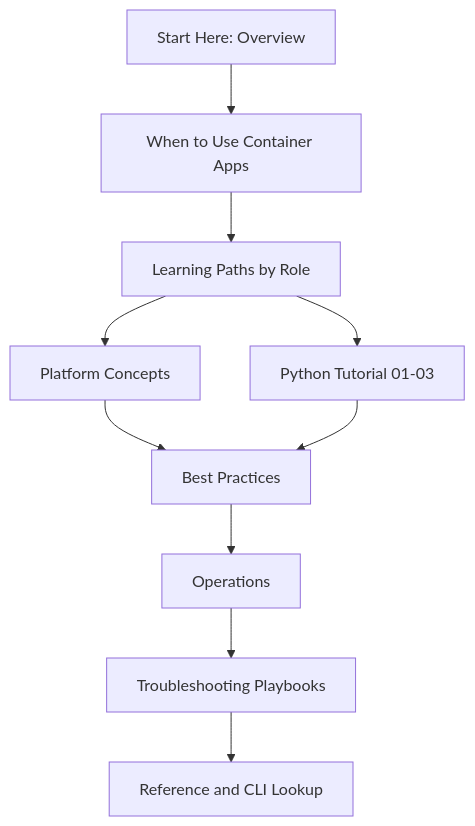
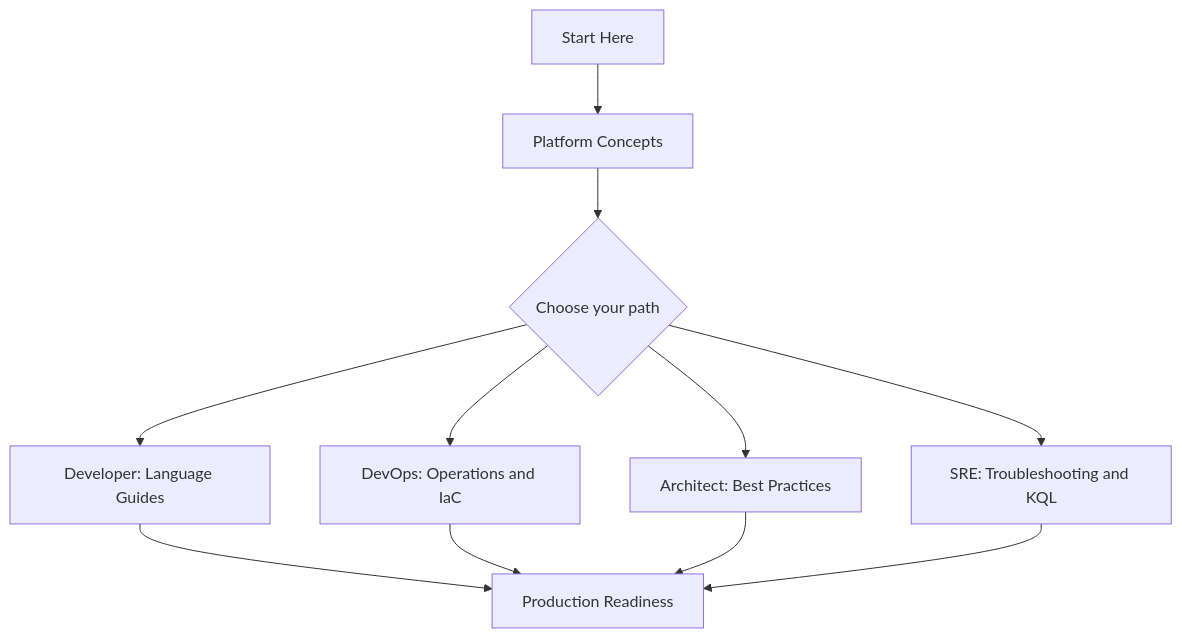
The diagram in docs/start-here/learning-paths.md (yeongseon/azure-container-apps-practical-guide), drawn with Mermaid before and after one commit. The commit also changed other lines of this file and 3 other files, not shown here.

First line of the commit message:
docs: apply P0 fix guide (canonical AGENTS.md rollout + learning paths + Python tutorial index + variable naming) (#297)

````diff
--- a/docs/start-here/learning-paths.md
+++ b/docs/start-here/learning-paths.md
@@ -78,12 +33,13 @@
 ```mermaid
 flowchart TD
-    A[Start Here: Overview] --> B[When to Use Container Apps]
-    B --> C[Learning Paths by Role]
-    C --> D[Platform Concepts]
-    C --> E[Python Tutorial 01-03]
-    D --> F[Best Practices]
-    E --> F
-    F --> G[Operations]
-    G --> H[Troubleshooting Playbooks]
-    H --> I[Reference and CLI Lookup]
+    A[Start Here] --> B[Platform Concepts]
+    B --> C{Choose your path}
+    C --> D[Developer: Language Guides]
+    C --> E[DevOps: Operations and IaC]
+    C --> F[Architect: Best Practices]
+    C --> G[SRE: Troubleshooting and KQL]
+    D --> H[Production Readiness]
+    E --> H
+    F --> H
+    G --> H
 ```
````
